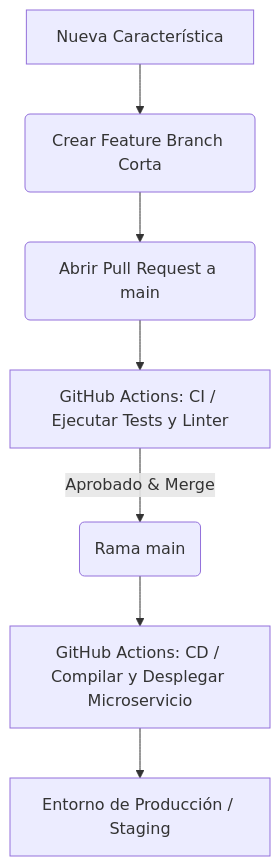
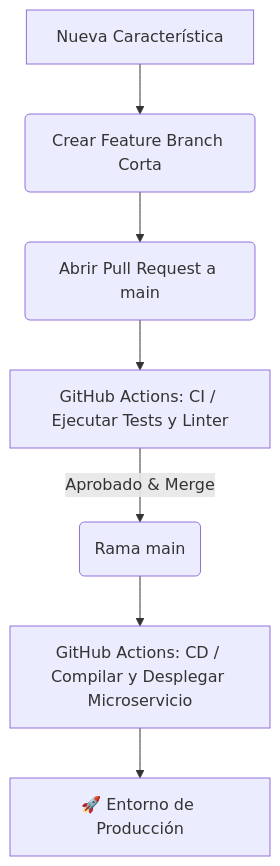
The diagram in README.md (kaimorin/Dev_Ops), drawn with Mermaid before and after one commit. The commit also changed other lines of this file, not shown here.

````diff
--- a/README.md
+++ b/README.md
@@ -16,9 +22,9 @@
 ```mermaid
 graph TD
     A[Nueva Característica] --> B(Crear Feature Branch Corta)
     B --> C(Abrir Pull Request a main)
     C --> D[GitHub Actions: CI / Ejecutar Tests y Linter]
     D -->|Aprobado & Merge| E(Rama main)
     E --> F[GitHub Actions: CD / Compilar y Desplegar Microservicio]
-    F --> G[ Entorno de Producción / Staging]
+    F --> G[🚀 Entorno de Producción]
 ```
````
